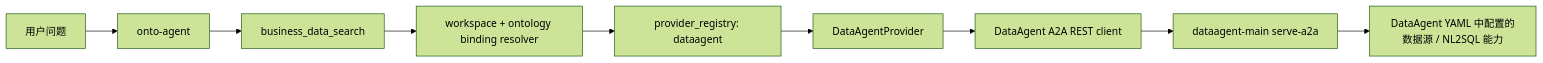
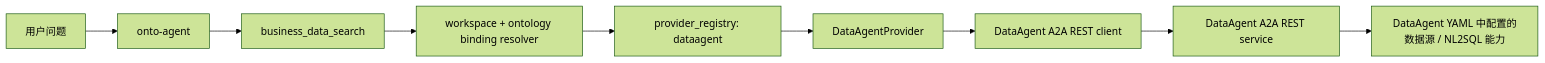
The diagram in docs/dataagent-provider-design.md (WangHaowen99/knowledge-scaffold), drawn with Mermaid (forest theme) before and after one commit. The commit also changed other lines of this file and 10 other files, not shown here.

````diff
--- a/docs/dataagent-provider-design.md
+++ b/docs/dataagent-provider-design.md
@@ -61,11 +54,11 @@
 ```mermaid
 flowchart LR
   User["用户问题"] --> Agent["onto-agent"]
   Agent --> Tool["business_data_search"]
   Tool --> Resolver["workspace + ontology binding resolver"]
   Resolver --> Registry["provider_registry: dataagent"]
   Registry --> Provider["DataAgentProvider"]
   Provider --> Client["DataAgent A2A REST client"]
-  Client --> DataAgent["dataagent-main serve-a2a"]
+  Client --> DataAgent["DataAgent A2A REST service"]
   DataAgent --> Source["DataAgent YAML 中配置的数据源 / NL2SQL 能力"]
 ```
````
